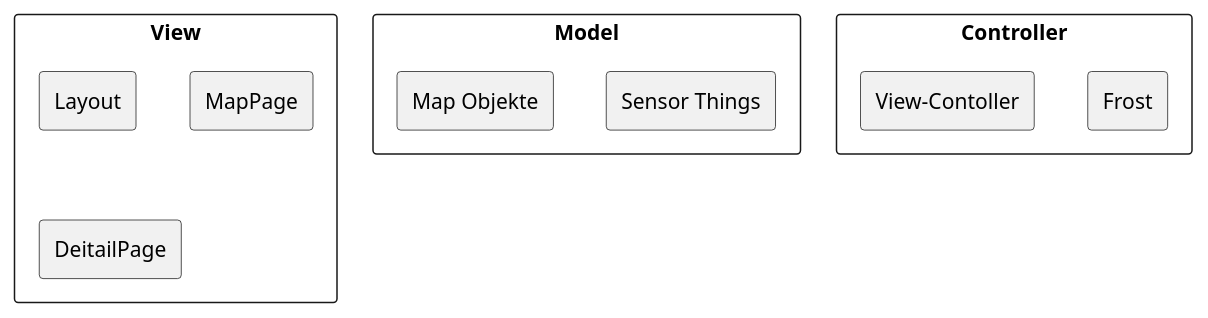
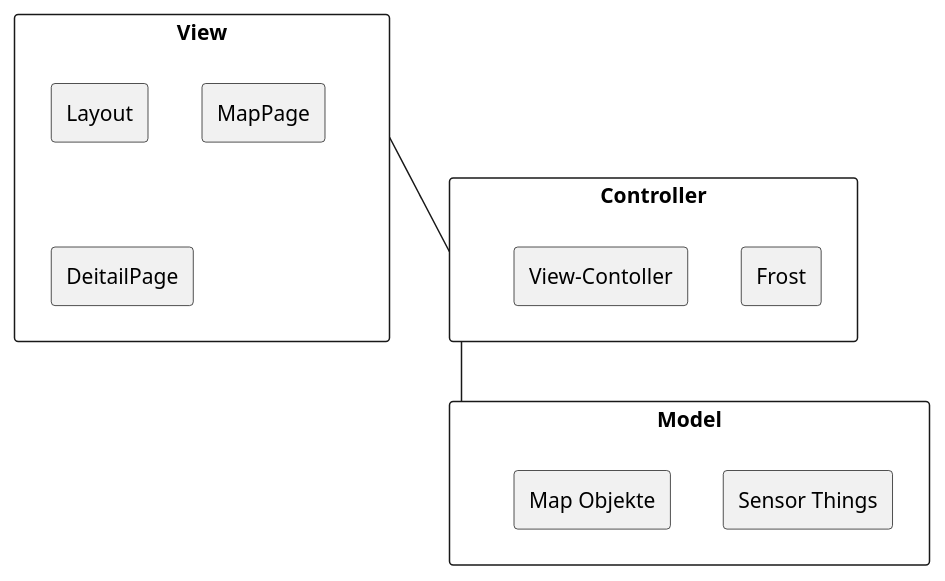
The diagram in Entwurf/PlantUML/Architektur.puml (JonaEnz/pse-airquality-1), drawn with PlantUML before and after one commit.

Commit message:
Add arrows to architecture

```diff
--- a/Entwurf/PlantUML/Architektur.puml
+++ b/Entwurf/PlantUML/Architektur.puml
@@ -1,19 +1,22 @@
-@startuml
+@startuml Architektur
+
+View -- Controller 
+Controller -- Model
 
 rectangle Model {
     rectangle "Sensor Things"
     rectangle "Map Objekte"
 }
 
 rectangle Controller {
     rectangle "Frost"
     rectangle "View-Contoller"
 }
 
 rectangle View {
     rectangle "Layout"
     rectangle "MapPage"
     rectangle "DeitailPage"
 }
 
 @enduml
```
